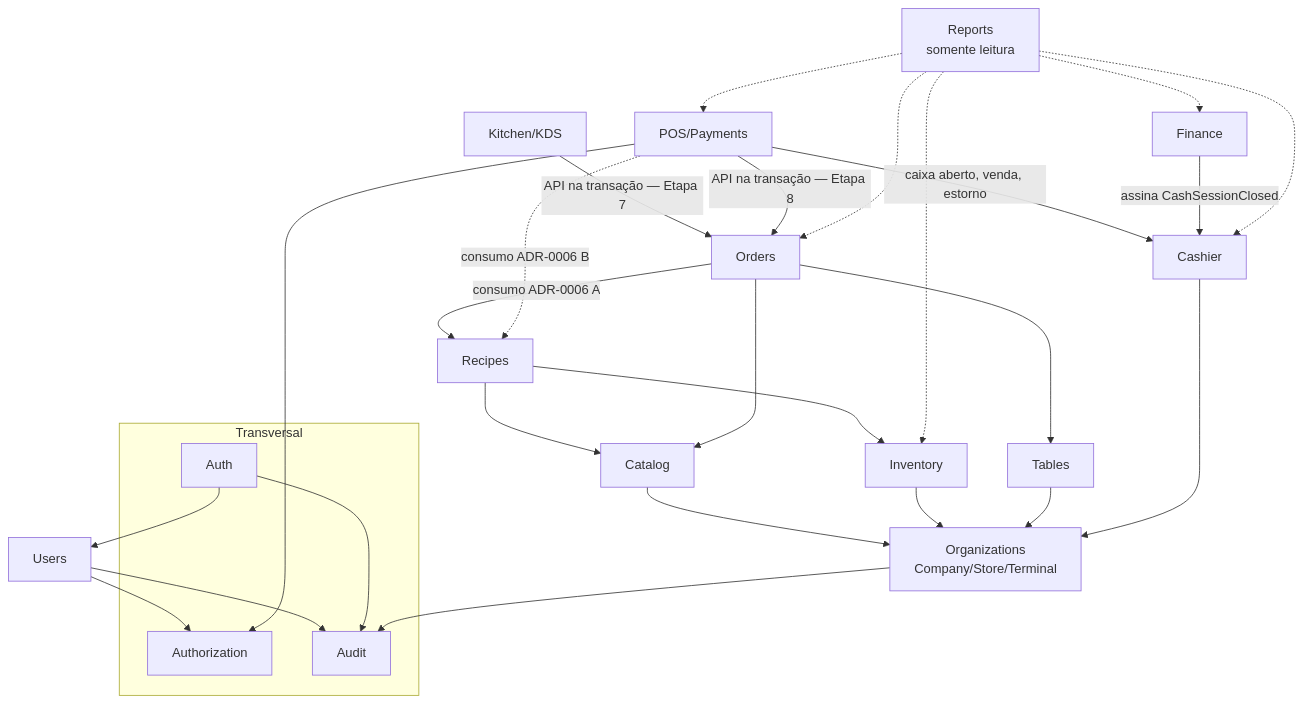
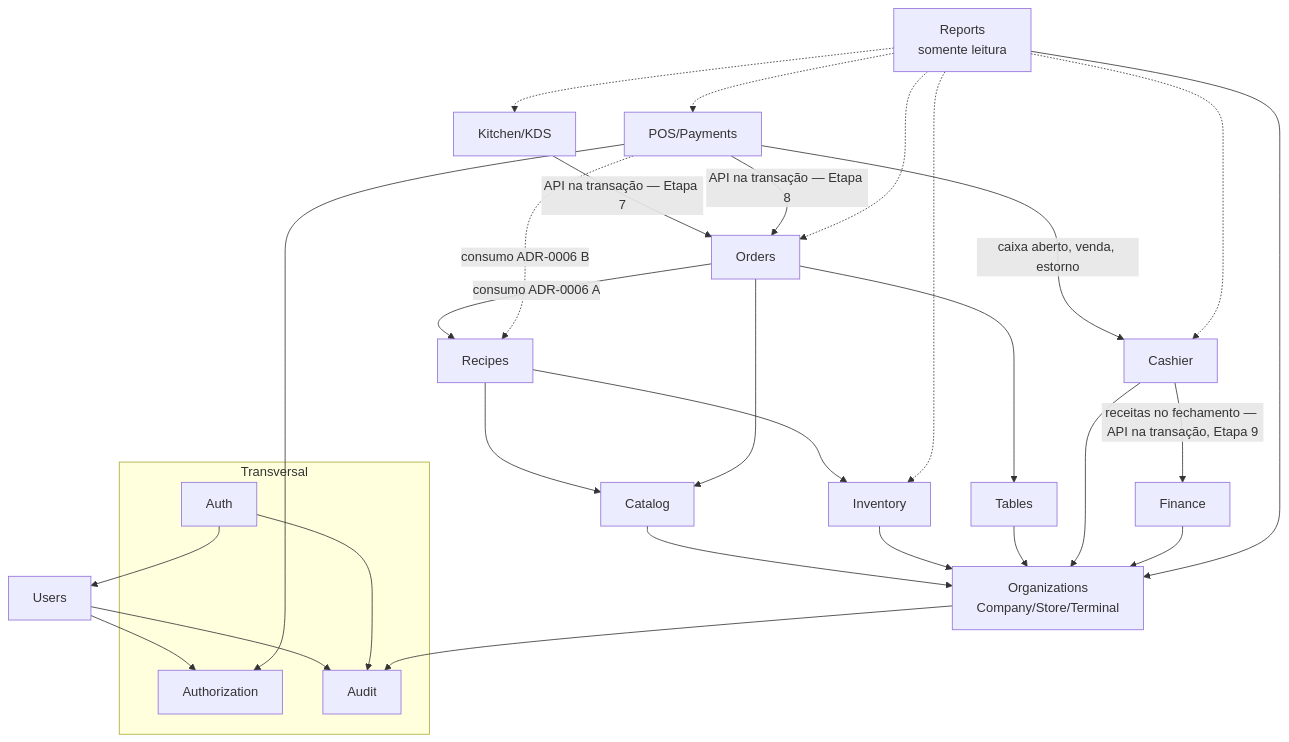
Before and after one commit to marlonerick/erp-mesa-restaurante: the second of 2 diagrams in maps/modules/dependencias.md, drawn with Mermaid. The commit also changed other lines of this file and 78 other files, not shown here.

````diff
--- a/maps/modules/dependencias.md
+++ b/maps/modules/dependencias.md
@@ -76,40 +76,42 @@
 ```mermaid
 flowchart TD
   subgraph Transversal
     AUTH[Auth]
     AUTHZ[Authorization]
     AUDIT[Audit]
   end
 
   USERS[Users] --> AUTHZ
   USERS --> AUDIT
   AUTH --> USERS
   AUTH --> AUDIT
   ORG[Organizations<br/>Company/Store/Terminal] --> AUDIT
 
   CAT[Catalog] --> ORG
   INV[Inventory] --> ORG
   REC[Recipes] --> CAT
   REC --> INV
 
   TAB[Tables] --> ORG
   ORD[Orders] --> CAT
   ORD --> TAB
   ORD -->|consumo ADR-0006 A| REC
 
   KIT[Kitchen/KDS] -->|API na transação — Etapa 7| ORD
 
   CASH[Cashier] --> ORG
   PAY[POS/Payments] -->|API na transação — Etapa 8| ORD
   PAY -->|caixa aberto, venda, estorno| CASH
   PAY --> AUTHZ
   PAY -.->|consumo ADR-0006 B| REC
 
-  FIN[Finance] -->|assina CashSessionClosed| CASH
+  FIN[Finance] --> ORG
+  CASH -->|receitas no fechamento — API na transação, Etapa 9| FIN
 
   REP[Reports<br/>somente leitura] -.-> ORD
   REP -.-> PAY
   REP -.-> CASH
   REP -.-> INV
-  REP -.-> FIN
+  REP -.-> KIT
+  REP --> ORG
 ```
````
